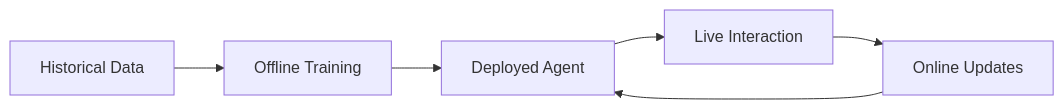
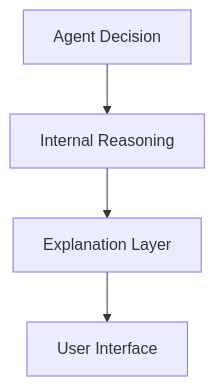
One commit to m-rizqinovniari/agentic-handbook changed the third of 5 diagrams in docusaurus/docs/part-2/chapter-7.md. Above: the diagram before and after it, drawn with Mermaid. The commit also changed other lines of this file and 19 other files, not shown here.

````diff
--- a/docusaurus/docs/part-2/chapter-7.md
+++ b/docusaurus/docs/part-2/chapter-7.md
@@ -155,8 +166,6 @@
 ```mermaid
-flowchart LR
-    Data[Historical Data] --> Offline[Offline Training]
-    Offline --> Deploy[Deployed Agent]
-    Deploy --> LiveData[Live Interaction]
-    LiveData --> Online[Online Updates]
-    Online --> Deploy
+graph TD
+    A[Agent Decision] --> B[Internal Reasoning]
+    B --> C[Explanation Layer]
+    C --> D[User Interface]
 ```
````
